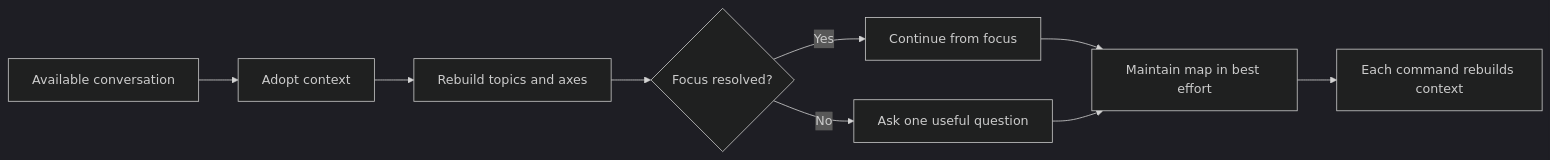
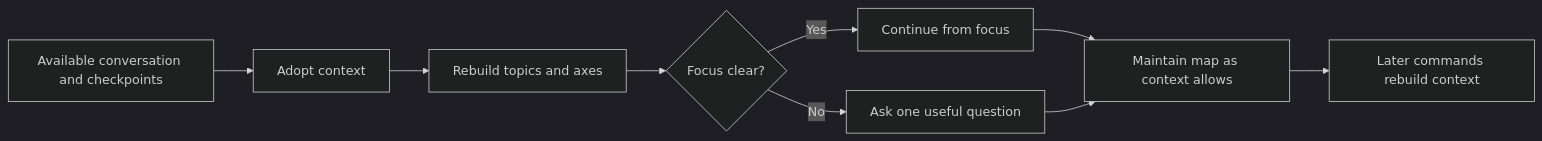
The diagram in plugins/think-it-through/skills/think-it-through/SKILL.md (control-decks/think-it-through), drawn with Mermaid (dark theme) before and after one commit. The commit also changed other lines of this file and 18 other files, not shown here.

````diff
--- a/plugins/think-it-through/skills/think-it-through/SKILL.md
+++ b/plugins/think-it-through/skills/think-it-through/SKILL.md
@@ -20,11 +19,11 @@
 ```mermaid
 flowchart LR
-    A["Available conversation"] --> B["Adopt context"]
+    A["Available conversation and checkpoints"] --> B["Adopt context"]
     B --> C["Rebuild topics and axes"]
-    C --> D{"Focus resolved?"}
+    C --> D{"Focus clear?"}
     D -->|Yes| E["Continue from focus"]
     D -->|No| F["Ask one useful question"]
-    E --> G["Maintain map in best effort"]
+    E --> G["Maintain map as context allows"]
     F --> G
-    G --> H["Each command rebuilds context"]
+    G --> H["Later commands rebuild context"]
 ```
````
